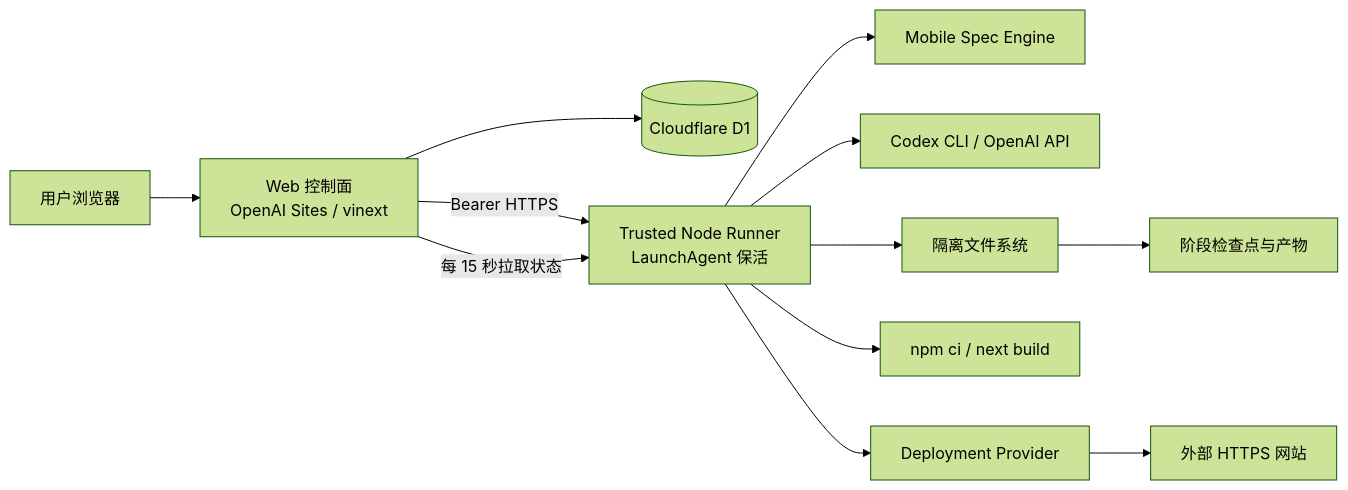
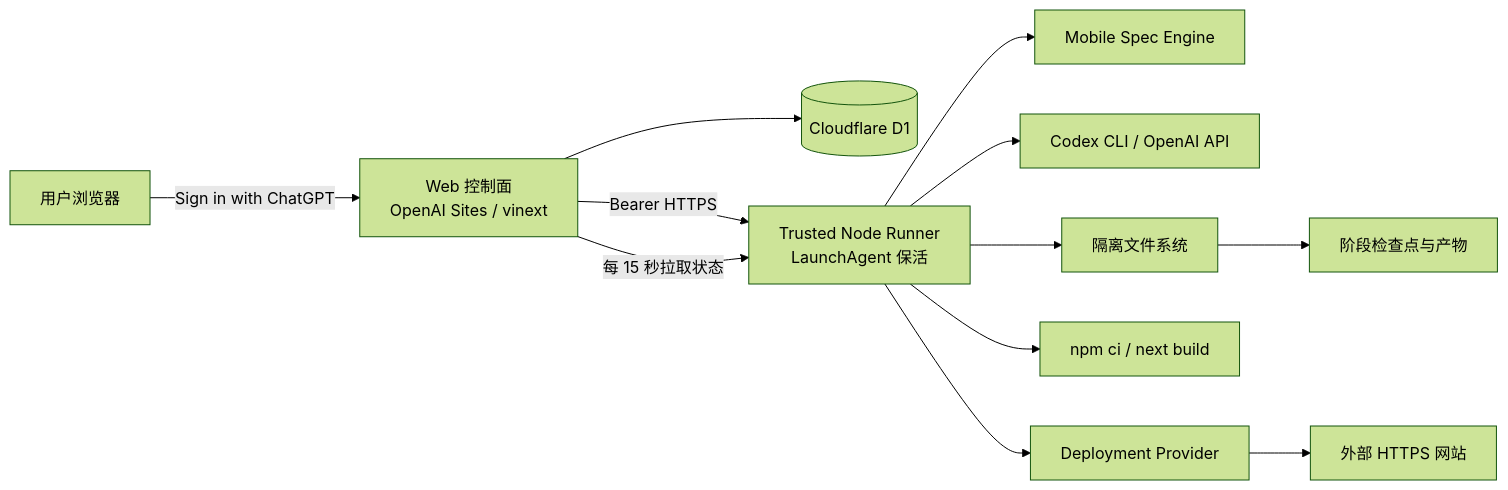
One commit to JonasQiu/mobile-app-build changed the second of 3 diagrams in docs/SiteForge AI 项目介绍.md. Above: the diagram before and after it, drawn with Mermaid (forest theme). The commit also changed other lines of this file and 22 other files, not shown here.

Commit message:
feat: add ChatGPT multi-user access

````diff
--- a/docs/SiteForge AI 项目介绍.md
+++ b/docs/SiteForge AI 项目介绍.md
@@ -109,14 +111,14 @@
 ```mermaid
 flowchart LR
-  U[用户浏览器] --> W[Web 控制面<br/>OpenAI Sites / vinext]
+  U[用户浏览器] -->|Sign in with ChatGPT| W[Web 控制面<br/>OpenAI Sites / vinext]
   W --> D[(Cloudflare D1)]
   W -->|Bearer HTTPS| R[Trusted Node Runner<br/>LaunchAgent 保活]
   R --> M[Mobile Spec Engine]
   R --> C[Codex CLI / OpenAI API]
   R --> F[隔离文件系统]
   F --> K[阶段检查点与产物]
   R --> B[npm ci / next build]
   R --> P[Deployment Provider]
   P --> H[外部 HTTPS 网站]
   W -->|每 15 秒拉取状态| R
 ```
````
